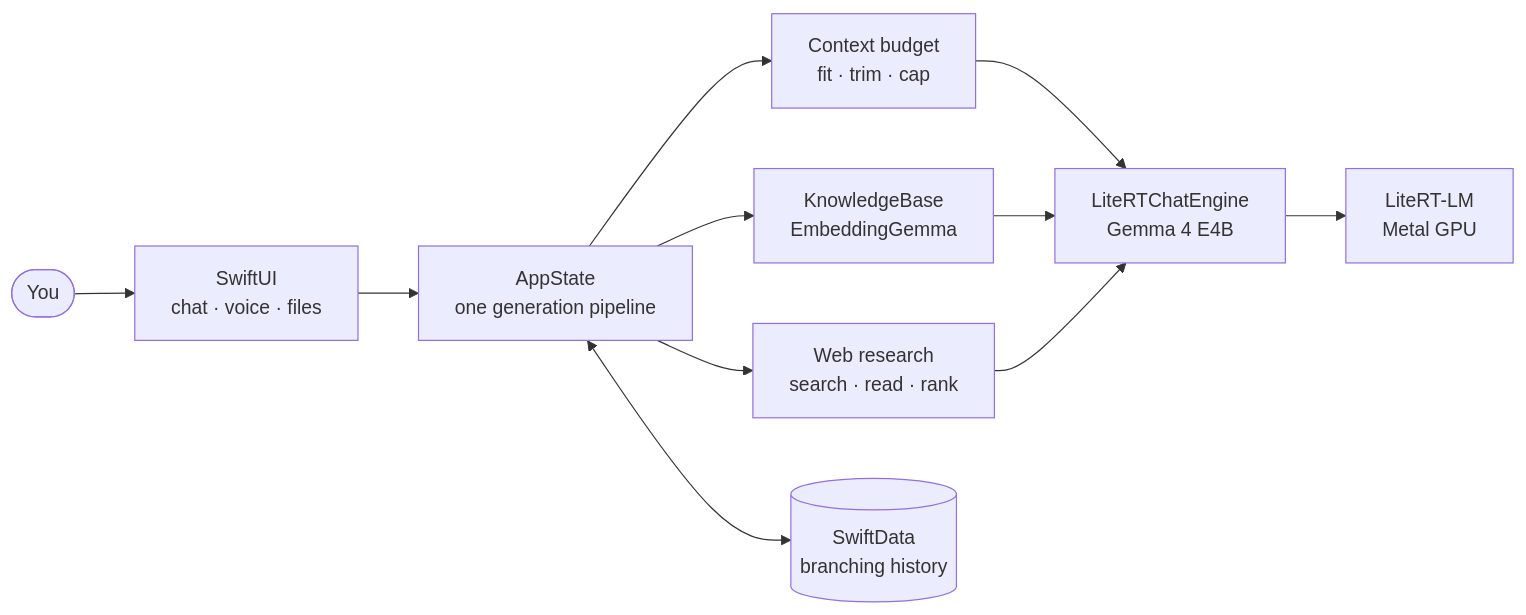
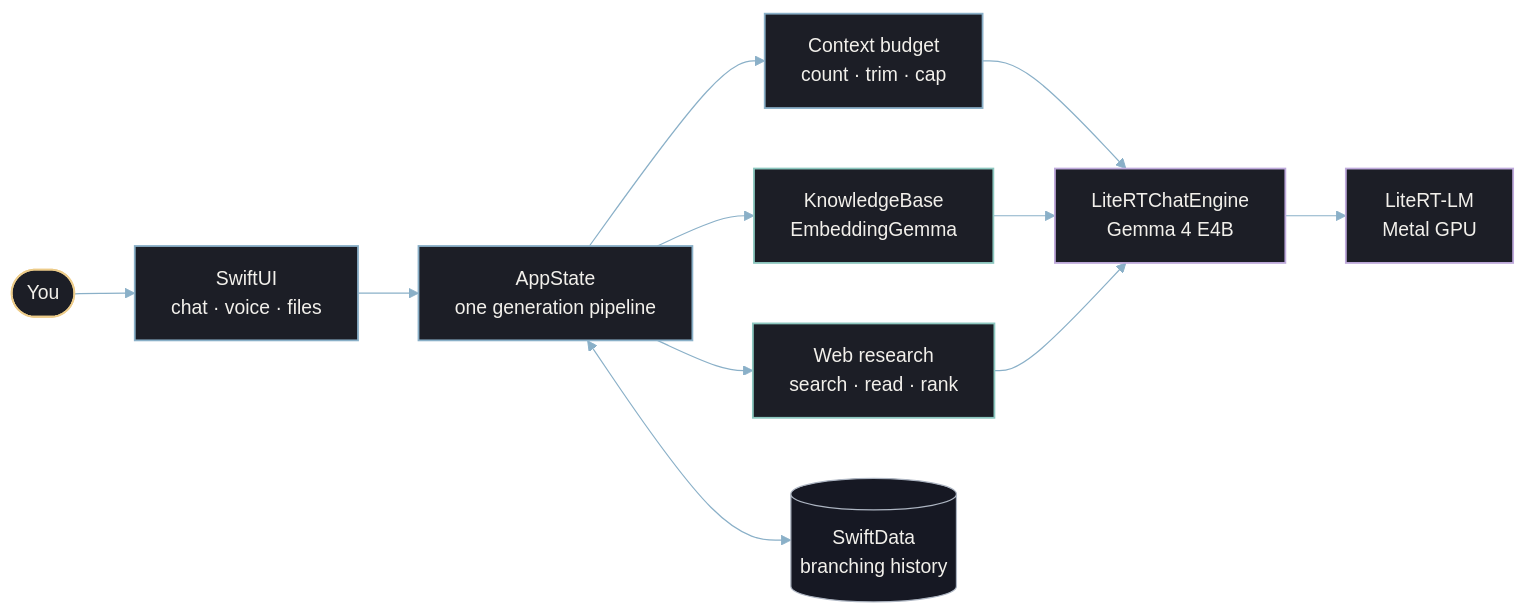
The diagram in README.md (PowerBeef/Agello), drawn with Mermaid before and after one commit. The commit also changed other lines of this file and 20 other files, not shown here.

````diff
--- a/README.md
+++ b/README.md
@@ -106,13 +116,25 @@
 ```mermaid
+%%{init: {"theme": "base", "themeVariables": {"primaryColor": "#1C1E26", "primaryTextColor": "#F2F0EB", "primaryBorderColor": "#8AB0C8", "lineColor": "#8AB0C8"}}}%%
 flowchart LR
   You(["You"]) --> UI["SwiftUI<br/>chat · voice · files"]
   UI --> AppState["AppState<br/>one generation pipeline"]
-  AppState --> Budget["Context budget<br/>fit · trim · cap"]
+  AppState --> Budget["Context budget<br/>count · trim · cap"]
   Budget --> Engine["LiteRTChatEngine<br/>Gemma 4 E4B"]
   AppState --> RAG["KnowledgeBase<br/>EmbeddingGemma"]
   AppState --> WebSearch["Web research<br/>search · read · rank"]
   RAG --> Engine
   WebSearch --> Engine
   Engine --> GPU["LiteRT-LM<br/>Metal GPU"]
   AppState <--> Store[("SwiftData<br/>branching history")]
+
+  classDef chat fill:#1C1E26,stroke:#8AB0C8,stroke-width:1.5px,color:#F2F0EB
+  classDef think fill:#1C1E26,stroke:#BFAADC,stroke-width:1.5px,color:#F2F0EB
+  classDef search fill:#1C1E26,stroke:#8CC7BF,stroke-width:1.5px,color:#F2F0EB
+  classDef voice fill:#1C1E26,stroke:#EDCC8A,stroke-width:1.5px,color:#F2F0EB
+  classDef neutral fill:#161823,stroke:#ADB5C2,stroke-width:1px,color:#F2F0EB
+  class You voice
+  class UI,AppState,Budget chat
+  class Engine,GPU think
+  class RAG,WebSearch search
+  class Store neutral
 ```
````
